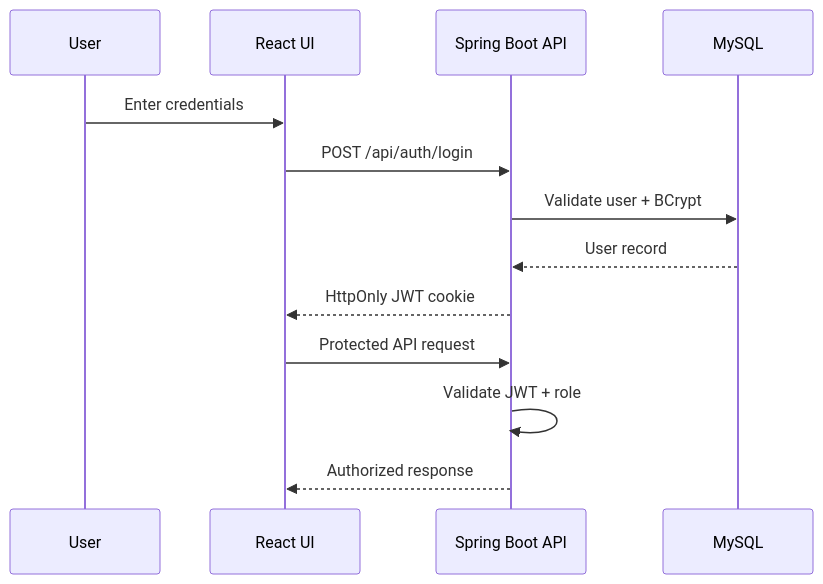
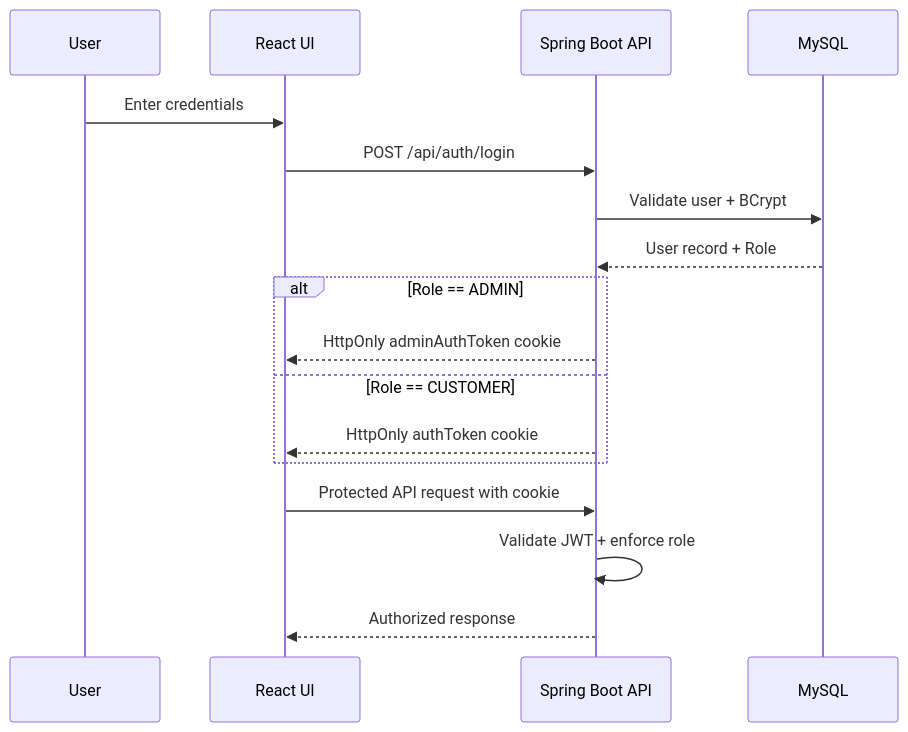
Before and after one commit to annnuuupam/NexCart: the second of 3 diagrams in PROJECT_REPORT.md, drawn with Mermaid. The commit also changed other lines of this file and 41 other files, not shown here.

First line of the commit message:
feat: dual-cookie auth, dynamic store branding, full docs refresh

````diff
--- a/PROJECT_REPORT.md
+++ b/PROJECT_REPORT.md
@@ -99,16 +114,20 @@
 ```mermaid
 sequenceDiagram
   participant U as User
   participant FE as React UI
   participant BE as Spring Boot API
   participant DB as MySQL
 
   U->>FE: Enter credentials
   FE->>BE: POST /api/auth/login
   BE->>DB: Validate user + BCrypt
-  DB-->>BE: User record
-  BE-->>FE: HttpOnly JWT cookie
-  FE->>BE: Protected API request
-  BE->>BE: Validate JWT + role
+  DB-->>BE: User record + Role
+  alt Role == ADMIN
+    BE-->>FE: HttpOnly adminAuthToken cookie
+  else Role == CUSTOMER
+    BE-->>FE: HttpOnly authToken cookie
+  end
+  FE->>BE: Protected API request with cookie
+  BE->>BE: Validate JWT + enforce role
   BE-->>FE: Authorized response
 ```
````
